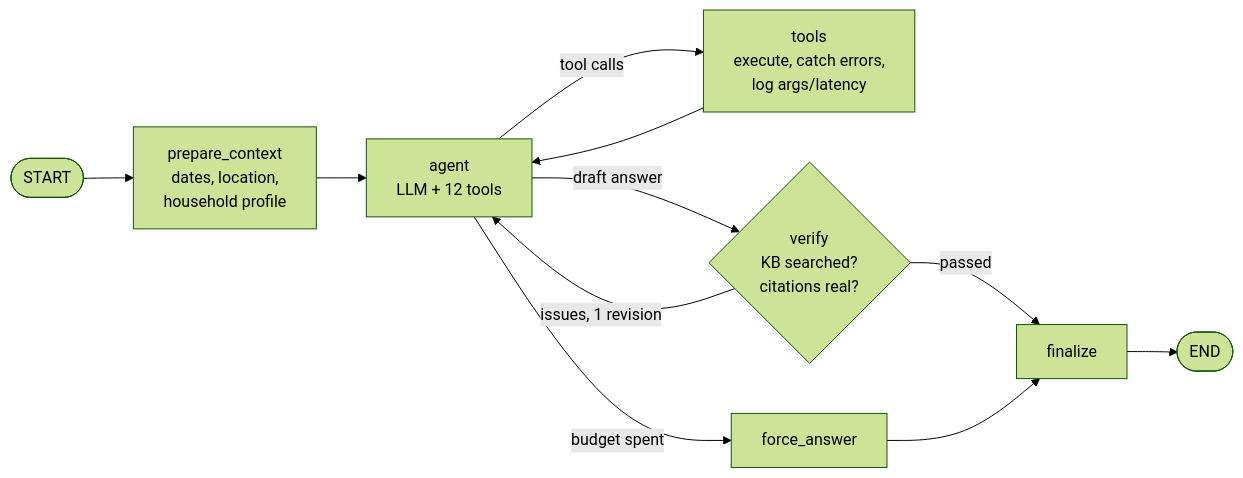
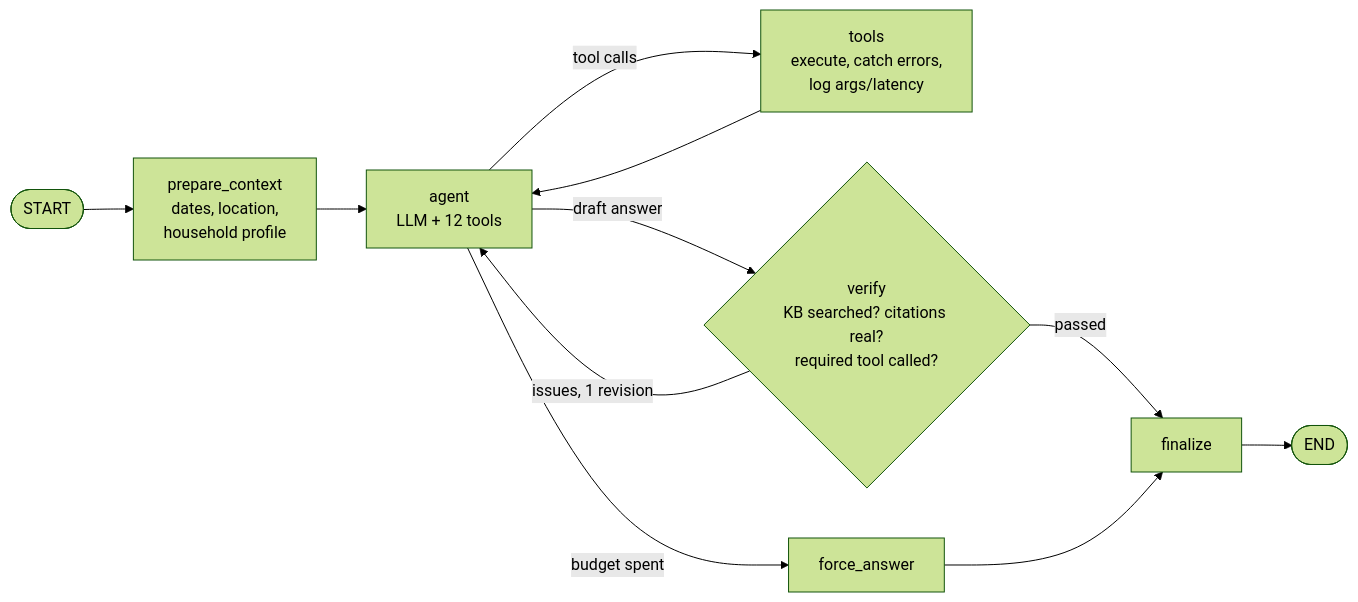
One commit to tropibyte/ecohome-energy-advisor changed the diagram in ecohome_solution/README.md. Above: the diagram before and after it, drawn with Mermaid (forest theme). The commit also changed other lines of this file and 19 other files, not shown here.

````diff
--- a/ecohome_solution/README.md
+++ b/ecohome_solution/README.md
@@ -57,12 +57,12 @@
 ```mermaid
 flowchart LR
     S([START]) --> P[prepare_context<br/>dates, location,<br/>household profile]
     P --> A[agent<br/>LLM + 12 tools]
     A -- tool calls --> T[tools<br/>execute, catch errors,<br/>log args/latency]
     T --> A
-    A -- draft answer --> V{verify<br/>KB searched?<br/>citations real?}
+    A -- draft answer --> V{verify<br/>KB searched? citations real?<br/>required tool called?}
     V -- issues, 1 revision --> A
     V -- passed --> F[finalize]
     A -- budget spent --> FA[force_answer] --> F
     F --> E([END])
 ```
````
